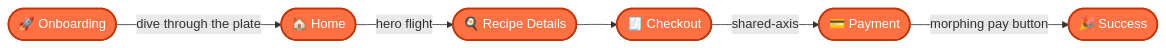
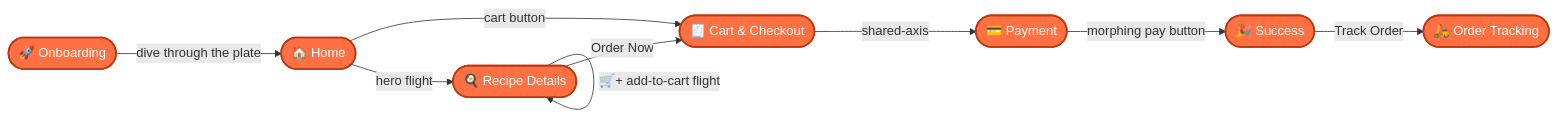
The diagram in README.md (HammasT1/food_animations_flutter), drawn with Mermaid before and after one commit. The commit also changed other lines of this file and 8 other files, not shown here.

````diff
--- a/README.md
+++ b/README.md
@@ -132,11 +191,14 @@
 ```mermaid
 flowchart LR
     A([🚀 Onboarding]) -->|dive through the plate| B([🏠 Home])
     B -->|hero flight| C([🍳 Recipe Details])
-    C --> D([🧾 Checkout])
+    C -->|🛒+ add-to-cart flight| C
+    C -->|Order Now| D([🧾 Cart & Checkout])
+    B -->|cart button| D
     D -->|shared-axis| E([💳 Payment])
     E -->|morphing pay button| F([🎉 Success])
+    F -->|Track Order| G([🛵 Order Tracking])
 
     classDef screen fill:#FF7043,stroke:#BF360C,color:#ffffff,stroke-width:2px;
-    class A,B,C,D,E,F screen;
+    class A,B,C,D,E,F,G screen;
 ```
````
